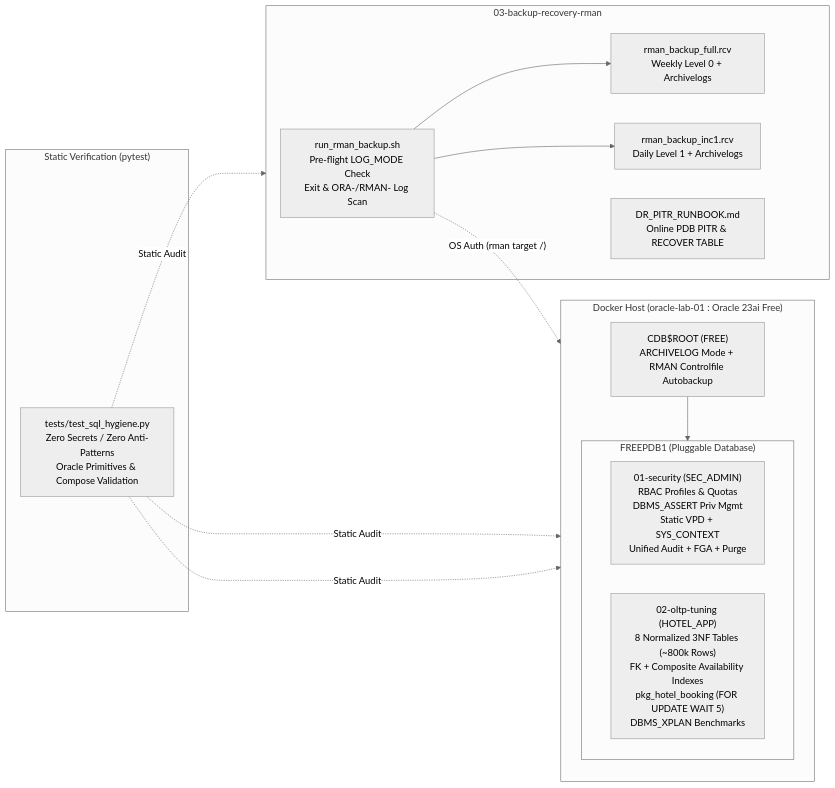
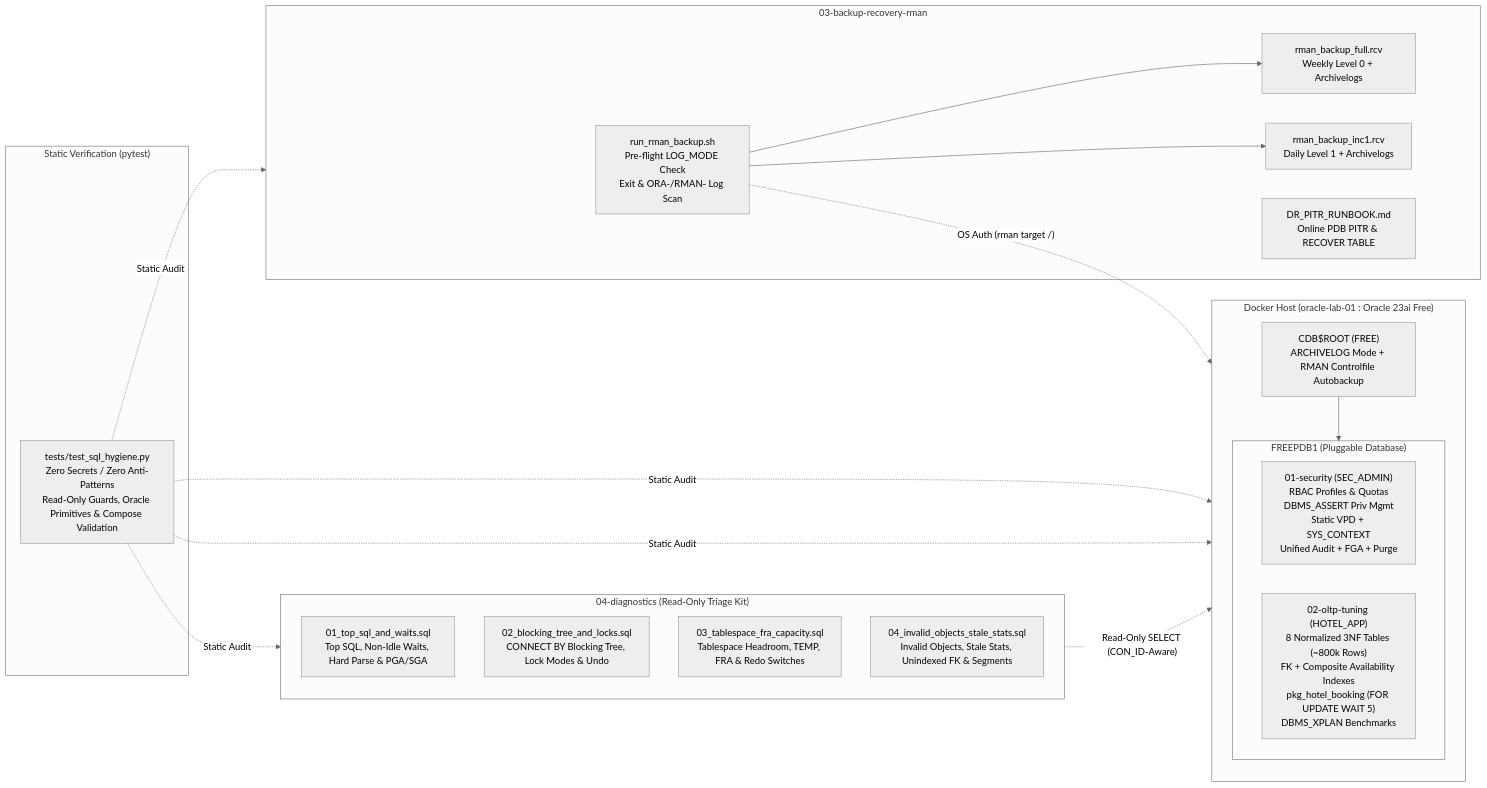
The diagram in README.md (nthihongphuc/oracle-dba-security-tuning-lab), drawn with Mermaid (neutral theme) before and after one commit. The commit also changed other lines of this file and 6 other files, not shown here.

Commit message:
feat: add CON_ID-aware read-only Day-2 Oracle diagnostic and wait-event kit (04-diagnostics)

````diff
--- a/README.md
+++ b/README.md
@@ -22,31 +23,40 @@
 ```mermaid
 flowchart LR
     subgraph Docker["Docker Host (oracle-lab-01 : Oracle 23ai Free)"]
         direction TB
         CDB["CDB$ROOT (FREE)<br/>ARCHIVELOG Mode + RMAN Controlfile Autobackup"]
         subgraph PDB["FREEPDB1 (Pluggable Database)"]
             direction LR
             SEC["01-security (SEC_ADMIN)<br/>RBAC Profiles & Quotas<br/>DBMS_ASSERT Priv Mgmt<br/>Static VPD + SYS_CONTEXT<br/>Unified Audit + FGA + Purge"]
             OLTP["02-oltp-tuning (HOTEL_APP)<br/>8 Normalized 3NF Tables (~800k Rows)<br/>FK + Composite Availability Indexes<br/>pkg_hotel_booking (FOR UPDATE WAIT 5)<br/>DBMS_XPLAN Benchmarks"]
         end
         CDB --> PDB
     end
 
     subgraph DR["03-backup-recovery-rman"]
         BASH["run_rman_backup.sh<br/>Pre-flight LOG_MODE Check<br/>Exit & ORA-/RMAN- Log Scan"]
         LVL0["rman_backup_full.rcv<br/>Weekly Level 0 + Archivelogs"]
         LVL1["rman_backup_inc1.rcv<br/>Daily Level 1 + Archivelogs"]
         RUNBOOK["DR_PITR_RUNBOOK.md<br/>Online PDB PITR & RECOVER TABLE"]
         BASH --> LVL0
         BASH --> LVL1
     end
 
+    subgraph DIAG["04-diagnostics (Read-Only Triage Kit)"]
+        D1["01_top_sql_and_waits.sql<br/>Top SQL, Non-Idle Waits, Hard Parse & PGA/SGA"]
+        D2["02_blocking_tree_and_locks.sql<br/>CONNECT BY Blocking Tree, Lock Modes & Undo"]
+        D3["03_tablespace_fra_capacity.sql<br/>Tablespace Headroom, TEMP, FRA & Redo Switches"]
+        D4["04_invalid_objects_stale_stats.sql<br/>Invalid Objects, Stale Stats, Unindexed FK & Segments"]
+    end
+
     subgraph CI["Static Verification (pytest)"]
-        TESTS["tests/test_sql_hygiene.py<br/>Zero Secrets / Zero Anti-Patterns<br/>Oracle Primitives & Compose Validation"]
+        TESTS["tests/test_sql_hygiene.py<br/>Zero Secrets / Zero Anti-Patterns<br/>Read-Only Guards, Oracle Primitives & Compose Validation"]
     end
 
     BASH -. "OS Auth (rman target /)" .-> CDB
+    DIAG -. "Read-Only SELECT (CON_ID-Aware)" .-> PDB
     TESTS -. "Static Audit" .-> SEC
     TESTS -. "Static Audit" .-> OLTP
     TESTS -. "Static Audit" .-> DR
+    TESTS -. "Static Audit" .-> DIAG
 ```
````
